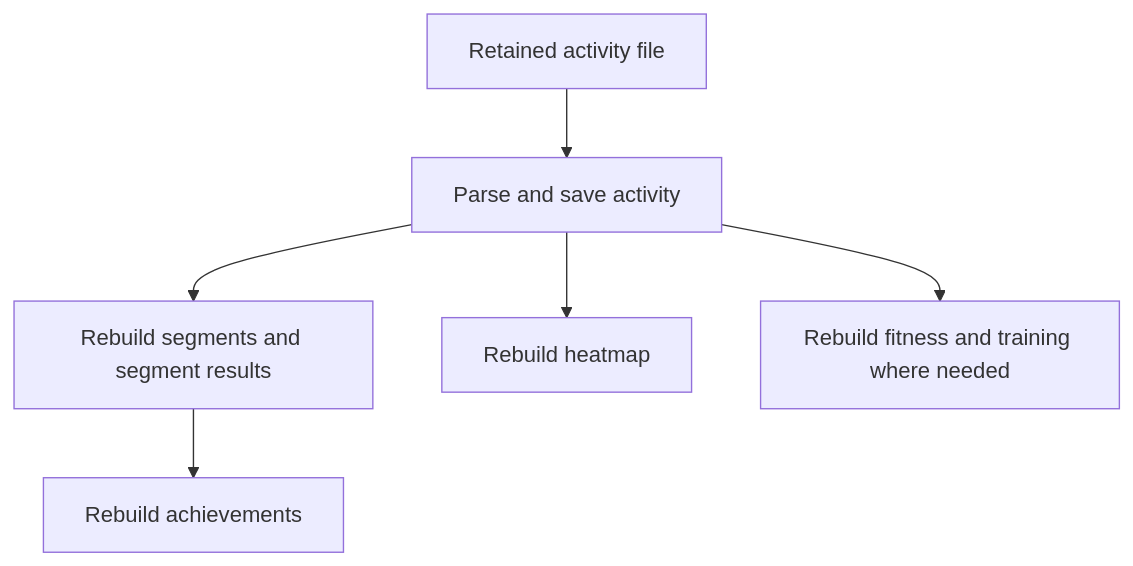
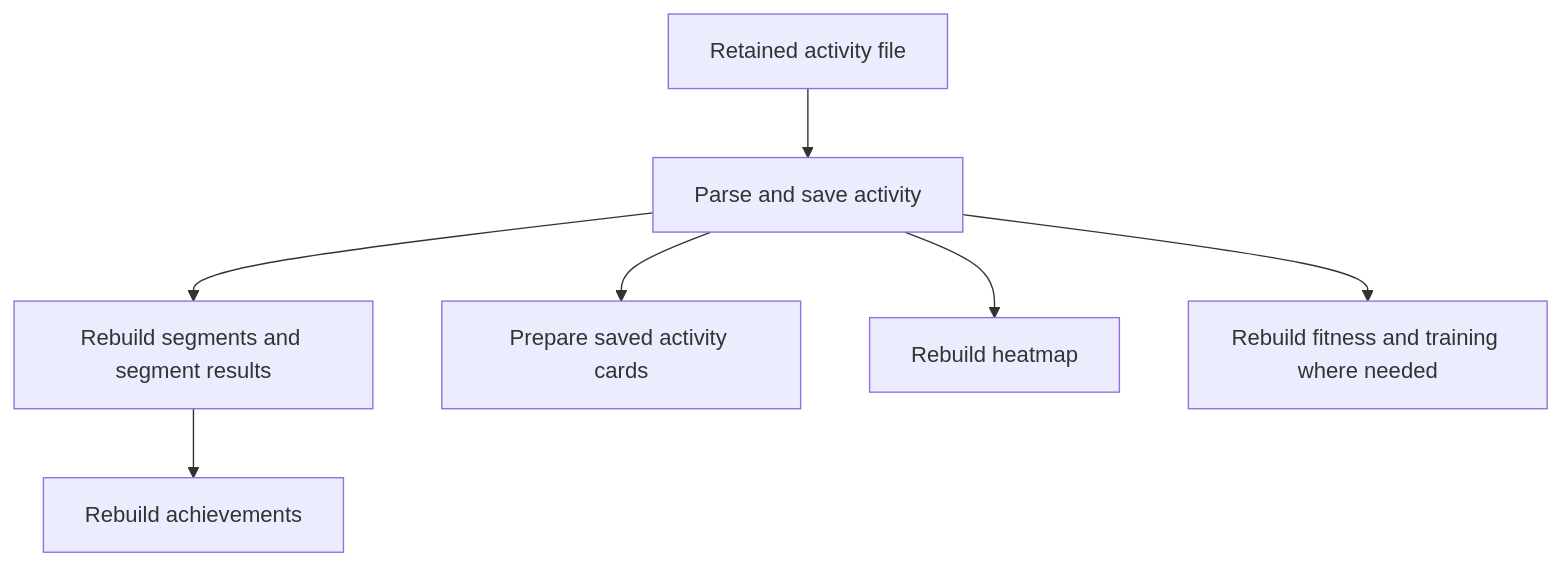
The diagram in docs/specs/background-work.md (ericbutera/bike), drawn with Mermaid before and after one commit. The commit also changed other lines of this file and 36 other files, not shown here.

Commit message:
perf: serve activity cards from saved outputs

````diff
--- a/docs/specs/background-work.md
+++ b/docs/specs/background-work.md
@@ -128,8 +129,9 @@
 ```mermaid
 flowchart TD
     File[Retained activity file] --> Parse[Parse and save activity]
     Parse --> Segments[Rebuild segments and segment results]
     Segments --> Achievements[Rebuild achievements]
+    Parse --> Cards[Prepare saved activity cards]
     Parse --> Heatmap[Rebuild heatmap]
     Parse --> Fitness[Rebuild fitness and training where needed]
 ```
````
